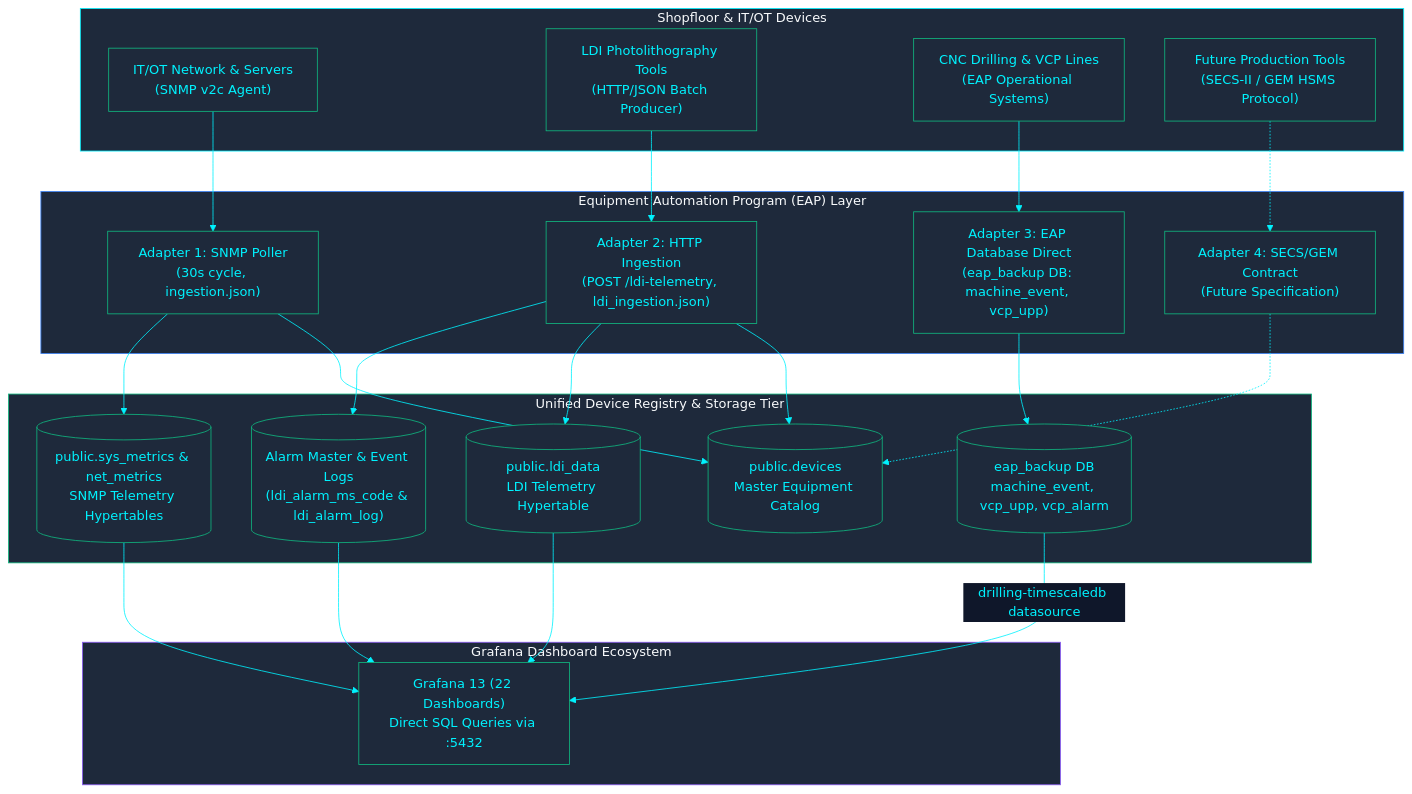
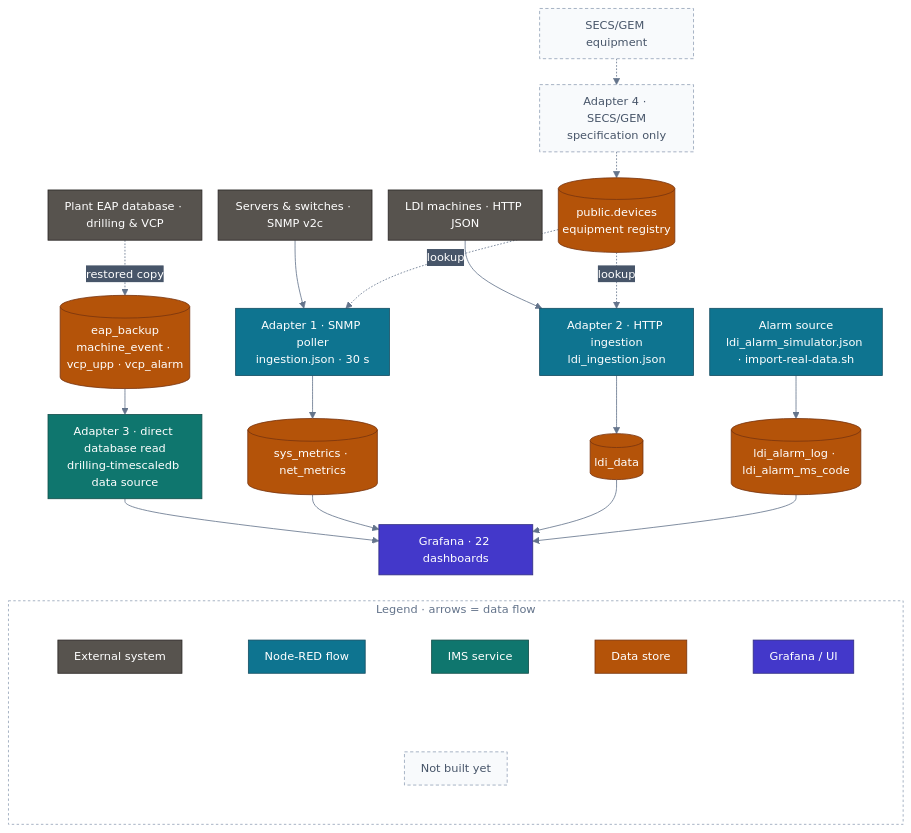
One commit to PATTANAKORN025/IMS changed the diagram in docs/architecture/EAP_ARCHITECTURE.md. Above: the diagram before and after it, drawn with Mermaid. The commit also changed 84 other files, not shown here.

First line of the commit message:
docs(diagrams): one verified, accessible standard for every Mermaid diagram

````diff
--- a/docs/architecture/EAP_ARCHITECTURE.md
+++ b/docs/architecture/EAP_ARCHITECTURE.md
@@ -30,47 +30,59 @@
 ```mermaid
-%%{init: {'theme': 'base', 'themeVariables': { 'primaryColor': '#1e293b', 'primaryTextColor': '#00F2FE', 'primaryBorderColor': '#10B981', 'lineColor': '#00F2FE', 'secondaryColor': '#0f172a', 'tertiaryColor': '#0f172a', 'clusterBkg': '#030407', 'clusterBorder': '#00F2FE'}}}%%
+%%{init: {"flowchart": {"nodeSpacing": 20, "rankSpacing": 32, "padding": 10, "wrappingWidth": 150, "curve": "basis"}, "sequence": {"wrap": true, "width": 170, "actorMargin": 36, "boxMargin": 8, "noteMargin": 8, "messageMargin": 30, "mirrorActors": false}, "state": {"padding": 6}, "theme": "base", "themeVariables": {"fontFamily": "Inter, Segoe UI, Helvetica, Arial, sans-serif", "fontSize": "14px", "primaryColor": "#334155", "primaryTextColor": "#ffffff", "primaryBorderColor": "#1e293b", "lineColor": "#64748b", "textColor": "#64748b", "secondaryColor": "#475569", "tertiaryColor": "#f1f5f9", "clusterBkg": "transparent", "clusterBorder": "#94a3b8", "titleColor": "#64748b", "edgeLabelBackground": "#475569", "nodeTextColor": "#ffffff", "noteBkgColor": "#fef3c7", "noteTextColor": "#1e293b", "noteBorderColor": "#d97706", "actorBkg": "#334155", "actorTextColor": "#ffffff", "actorBorder": "#1e293b", "actorLineColor": "#94a3b8", "signalColor": "#64748b", "signalTextColor": "#64748b", "labelBoxBkgColor": "#334155", "labelBoxBorderColor": "#1e293b", "labelTextColor": "#ffffff", "loopTextColor": "#64748b", "activationBkgColor": "#e2e8f0", "sequenceNumberColor": "#ffffff", "stateLabelColor": "#ffffff", "compositeBackground": "transparent", "transitionColor": "#64748b", "transitionLabelColor": "#64748b"}}}%%
 flowchart TB
-  subgraph SOURCES["Shopfloor & IT/OT Devices"]
-    S1["IT/OT Network & Servers\n(SNMP v2c Agent)"]
-    S2["LDI Photolithography Tools\n(HTTP/JSON Batch Producer)"]
-    S3["CNC Drilling & VCP Lines\n(EAP Operational Systems)"]
-    S4["Future Production Tools\n(SECS-II / GEM HSMS Protocol)"]
+  accTitle: Equipment integration adapters
+  accDescr: Three adapters exist: SNMP polling and HTTP ingestion in Node-RED, which look machines up in public.devices, and direct reads of the eap_backup database; LDI alarms come from the alarm simulator or a real-data import; a SECS/GEM adapter is specified but not built.
+  S1["Servers & switches · SNMP v2c"]:::ext
+  S2["LDI machines · HTTP JSON"]:::ext
+  S3["Plant EAP database · drilling & VCP"]:::ext
+  S4["SECS/GEM equipment"]:::future
+  A1["Adapter 1 · SNMP poller<br/>ingestion.json · 30 s"]:::flow
+  A2["Adapter 2 · HTTP ingestion<br/>ldi_ingestion.json"]:::flow
+  A3["Adapter 3 · direct database read<br/>drilling-timescaledb data source"]:::app
+  A4["Adapter 4 · SECS/GEM<br/>specification only"]:::future
+  ASRC["Alarm source<br/>ldi_alarm_simulator.json · import-real-data.sh"]:::flow
+  DEV[("public.devices<br/>equipment registry")]:::store
+  HSYS[("sys_metrics · net_metrics")]:::store
+  HLDI[("ldi_data")]:::store
+  ALM[("ldi_alarm_log · ldi_alarm_ms_code")]:::store
+  EAPDB[("eap_backup<br/>machine_event · vcp_upp · vcp_alarm")]:::store
+  GRAF["Grafana · 22 dashboards"]:::viz
+  S1 --> A1 --> HSYS
+  S2 --> A2 --> HLDI
+  DEV -.->|"lookup"| A1
+  DEV -.->|"lookup"| A2
+  S3 -.->|"restored copy"| EAPDB
+  EAPDB --> A3 --> GRAF
+  ASRC --> ALM
+  S4 -.-> A4 -.-> DEV
+  HSYS --> GRAF
+  HLDI --> GRAF
+  ALM --> GRAF
+
+  subgraph LEGEND["Legend · arrows = data flow"]
+    direction TB
+    subgraph LEGEND_0[" "]
+      direction LR
+      LG_ext["External system"]:::ext ~~~ LG_flow["Node-RED flow"]:::flow ~~~ LG_app["IMS service"]:::app ~~~ LG_store["Data store"]:::store ~~~ LG_viz["Grafana / UI"]:::viz
+    end
+    subgraph LEGEND_1[" "]
+      direction LR
+      LG_future["Not built yet"]:::future
+    end
+    LEGEND_0 ~~~ LEGEND_1
   end
-
-  subgraph ADAPTERS["Equipment Automation Program (EAP) Layer"]
-    A1["Adapter 1: SNMP Poller\n(30s cycle, ingestion.json)"]
-    A2["Adapter 2: HTTP Ingestion\n(POST /ldi-telemetry, ldi_ingestion.json)"]
-    A3["Adapter 3: EAP Database Direct\n(eap_backup DB: machine_event, vcp_upp)"]
-    A4["Adapter 4: SECS/GEM Contract\n(Future Specification)"]
-  end
-
-  subgraph REGISTRY["Unified Device Registry & Storage Tier"]
-    DEV[("public.devices\nMaster Equipment Catalog")]
-    HT_SYS[("public.sys_metrics & net_metrics\nSNMP Telemetry Hypertables")]
-    HT_LDI[("public.ldi_data\nLDI Telemetry Hypertable")]
-    EAP_DB[("eap_backup DB\nmachine_event, vcp_upp, vcp_alarm")]
-    ALARM[("Alarm Master & Event Logs\n(ldi_alarm_ms_code & ldi_alarm_log)")]
-  end
-
-  subgraph VISUALIZATION["Grafana Dashboard Ecosystem"]
-    GRAF["Grafana 13 (22 Dashboards)\nDirect SQL Queries via :5432"]
-  end
-
-  S1 --> A1 --> DEV
-  A1 --> HT_SYS
-  S2 --> A2 --> DEV
-  A2 --> HT_LDI
-  A2 --> ALARM
-  S3 --> A3 --> EAP_DB
-  S4 -.-> A4 -.-> DEV
-
-  HT_SYS --> GRAF
-  HT_LDI --> GRAF
-  EAP_DB -->|"drilling-timescaledb datasource"| GRAF
-  ALARM --> GRAF
-
-  style SOURCES fill:#1e293b,stroke:#00F2FE,color:#f8fafc
-  style ADAPTERS fill:#1e293b,stroke:#3b82f6,color:#f8fafc
-  style REGISTRY fill:#1e293b,stroke:#10B981,color:#f8fafc
-  style VISUALIZATION fill:#1e293b,stroke:#8B5CF6,color:#f8fafc
+  GRAF ~~~ LEGEND
+  style LEGEND fill:transparent,stroke:#94a3b8,stroke-dasharray:3 3
+  style LEGEND_0 fill:transparent,stroke:transparent
+  style LEGEND_1 fill:transparent,stroke:transparent
+  classDef actor fill:#475569,stroke:#1e293b,color:#ffffff,stroke-width:1px
+  classDef ext fill:#57534e,stroke:#292524,color:#ffffff,stroke-width:1px
+  classDef ingress fill:#1d4ed8,stroke:#1e3a8a,color:#ffffff,stroke-width:1px
+  classDef app fill:#0f766e,stroke:#134e4a,color:#ffffff,stroke-width:1px
+  classDef flow fill:#0e7490,stroke:#164e63,color:#ffffff,stroke-width:1px
+  classDef store fill:#b45309,stroke:#78350f,color:#ffffff,stroke-width:1px
+  classDef viz fill:#4338ca,stroke:#312e81,color:#ffffff,stroke-width:1px
+  classDef obs fill:#6d28d9,stroke:#4c1d95,color:#ffffff,stroke-width:1px
+  classDef notify fill:#b91c1c,stroke:#7f1d1d,color:#ffffff,stroke-width:1px
+  classDef future fill:#f8fafc,stroke:#94a3b8,color:#475569,stroke-width:1px,stroke-dasharray:4 3
 ```
````
